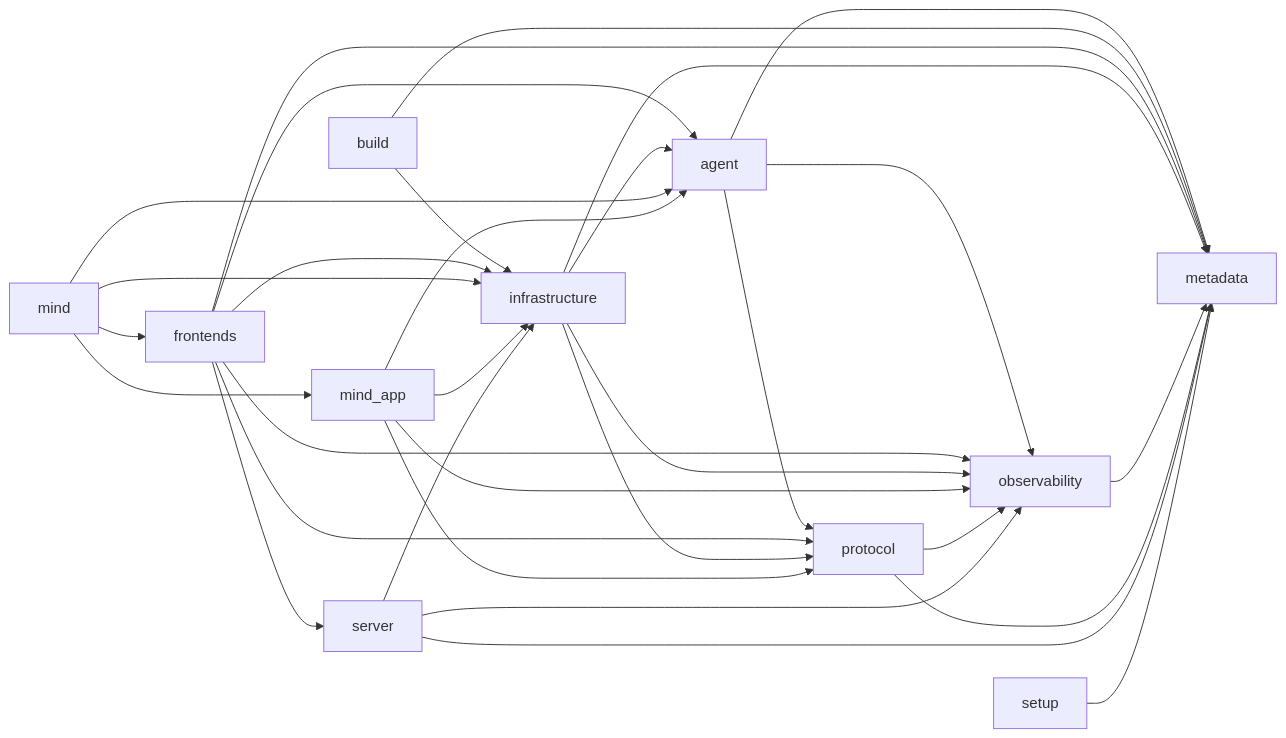
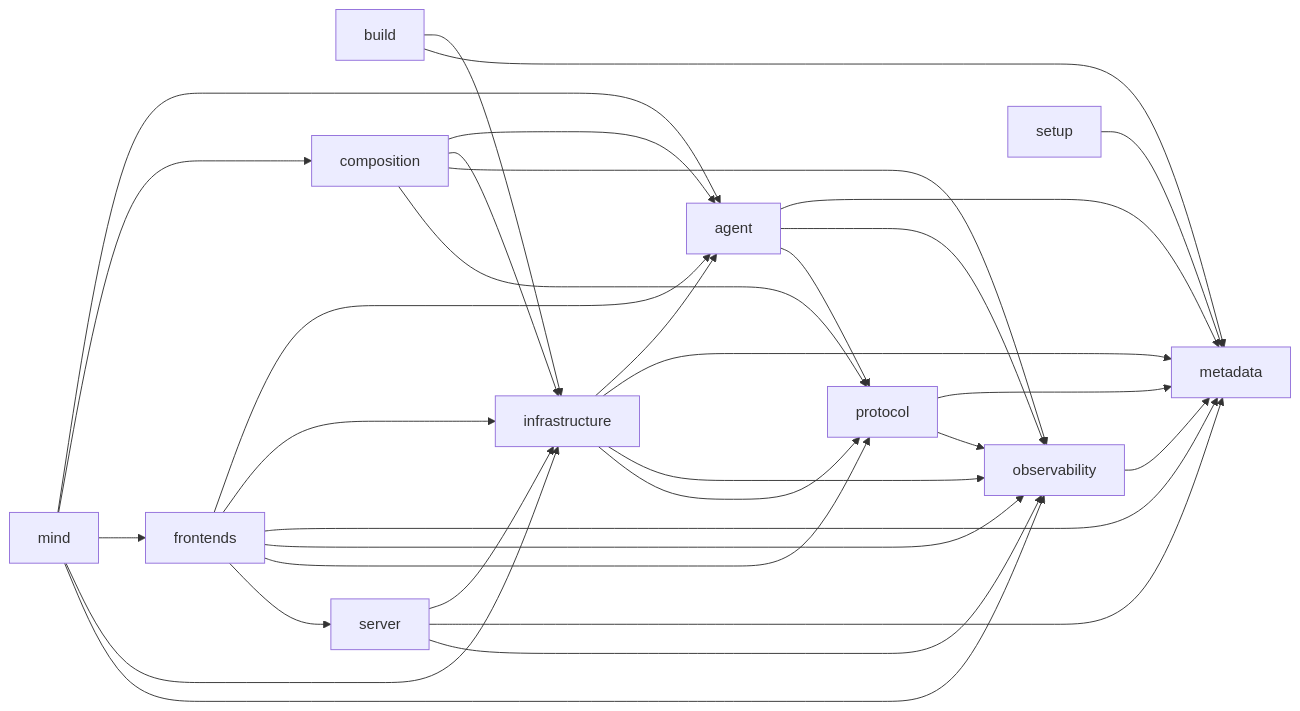
The diagram in AGENT_RUNTIME_IMPORT_GRAPH.md (AxionixLabs/ProxyMind), drawn with Mermaid before and after one commit. The commit also changed other lines of this file and 38 other files, not shown here.

````diff
--- a/AGENT_RUNTIME_IMPORT_GRAPH.md
+++ b/AGENT_RUNTIME_IMPORT_GRAPH.md
@@ -15,33 +15,34 @@
 ```mermaid
 flowchart LR
     agent --> metadata
     agent --> observability
     agent --> protocol
     build --> infrastructure
     build --> metadata
+    composition --> agent
+    composition --> infrastructure
+    composition --> observability
+    composition --> protocol
     frontends --> agent
     frontends --> infrastructure
     frontends --> metadata
     frontends --> observability
     frontends --> protocol
     frontends --> server
     infrastructure --> agent
     infrastructure --> metadata
     infrastructure --> observability
     infrastructure --> protocol
     mind --> agent
+    mind --> composition
     mind --> frontends
     mind --> infrastructure
-    mind --> mind_app
-    mind_app --> agent
-    mind_app --> infrastructure
-    mind_app --> observability
-    mind_app --> protocol
+    mind --> observability
     observability --> metadata
     protocol --> metadata
     protocol --> observability
     server --> infrastructure
     server --> metadata
     server --> observability
     setup --> metadata
 ```
````
